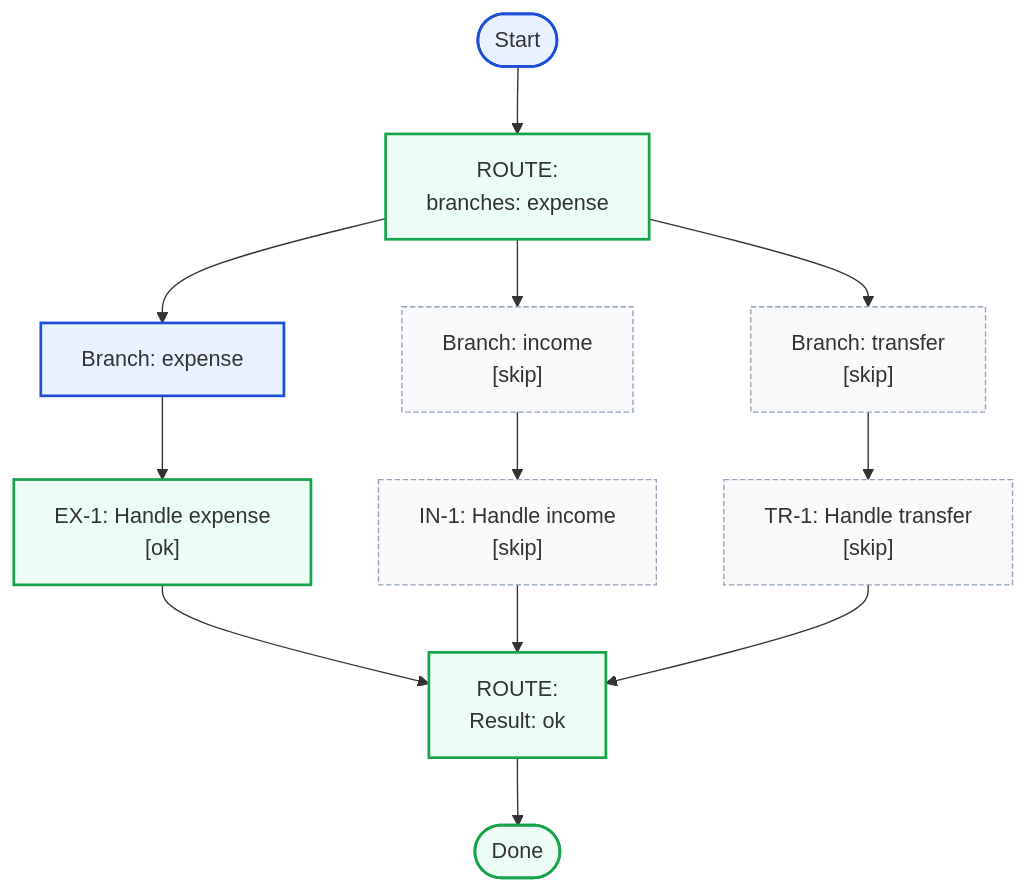
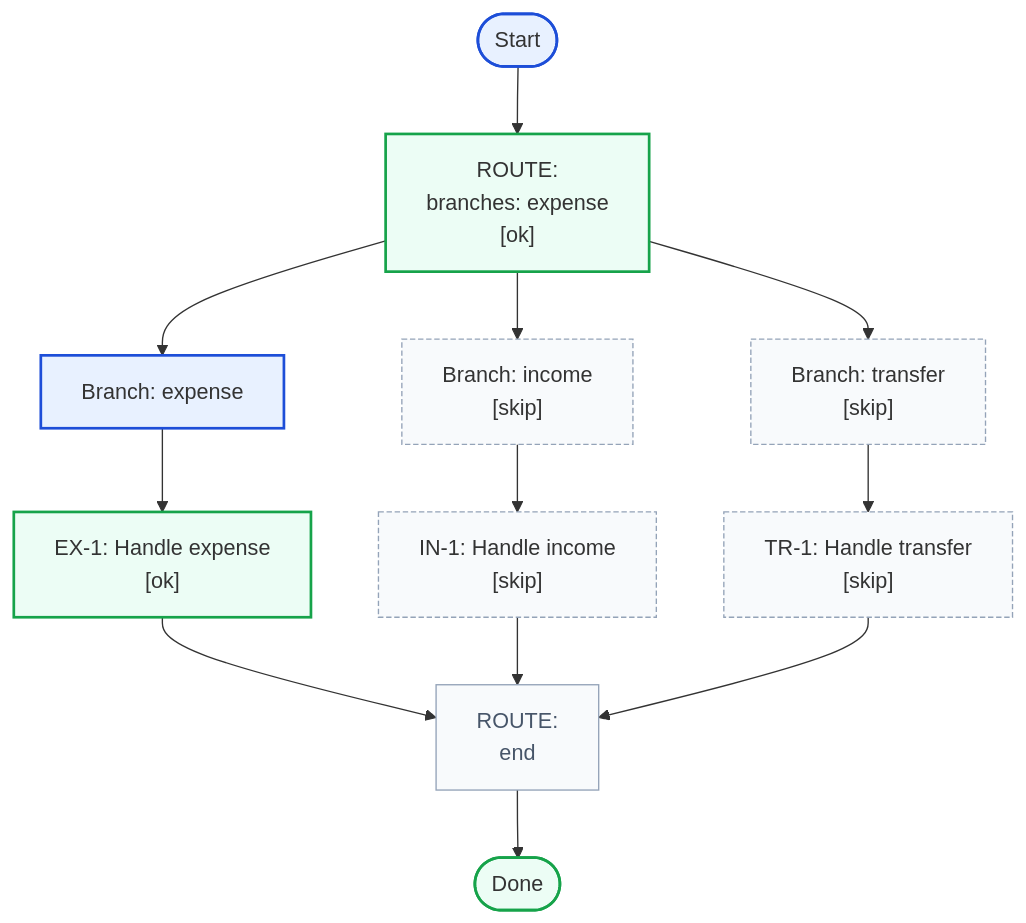
The sixth of 9 diagrams in README.md (mikko-apo/structured-flow), drawn with Mermaid before and after one commit. The commit also changed other lines of this file and 3 other files, not shown here.

````diff
--- a/README.md
+++ b/README.md
@@ -728,46 +733,48 @@
 ```mermaid
 flowchart TD
   start([Start])
   step_0["ROUTE:
-branches: expense"]
-  branch_0_result["ROUTE:
-Result: ok"]
-  class branch_0_result success
+branches: expense
+[ok]"]
+  branch_0_end["ROUTE:
+end"]
+  branch_0_end --> done
+  class branch_0_end join
   branch_0_0_start["Branch: expense"]
   step_0 --> branch_0_0_start
   branch_0_0_step_0["EX-1: Handle expense
 [ok]"]
   branch_0_0_start --> branch_0_0_step_0
-  branch_0_0_step_0 --> branch_0_result
+  branch_0_0_step_0 --> branch_0_end
   class branch_0_0_step_0 success
   class branch_0_0_start executed
   branch_0_1_start["Branch: income
 [skip]"]
   step_0 --> branch_0_1_start
   branch_0_1_step_0["IN-1: Handle income
 [skip]"]
   branch_0_1_start --> branch_0_1_step_0
-  branch_0_1_step_0 --> branch_0_result
+  branch_0_1_step_0 --> branch_0_end
   class branch_0_1_step_0 neutral
   class branch_0_1_start neutral
   branch_0_2_start["Branch: transfer
 [skip]"]
   step_0 --> branch_0_2_start
   branch_0_2_step_0["TR-1: Handle transfer
 [skip]"]
   branch_0_2_start --> branch_0_2_step_0
-  branch_0_2_step_0 --> branch_0_result
+  branch_0_2_step_0 --> branch_0_end
   class branch_0_2_step_0 neutral
   class branch_0_2_start neutral
-  branch_0_result --> done
   done([Done])
   start --> step_0
   classDef executed fill:#e8f1ff,stroke:#1d4ed8,stroke-width:2px
   classDef success fill:#ecfdf5,stroke:#16a34a,stroke-width:2px
   classDef complete fill:#f0fdf4,stroke:#15803d,stroke-width:2px
   classDef failure fill:#fef2f2,stroke:#dc2626,stroke-width:2px
   classDef neutral fill:#f8fafc,stroke:#94a3b8,stroke-dasharray: 4 2
+  classDef join fill:#f8fafc,stroke:#94a3b8,stroke-width:1px,color:#475569
   class step_0 success
   class start executed
   class done success
 ```
````
